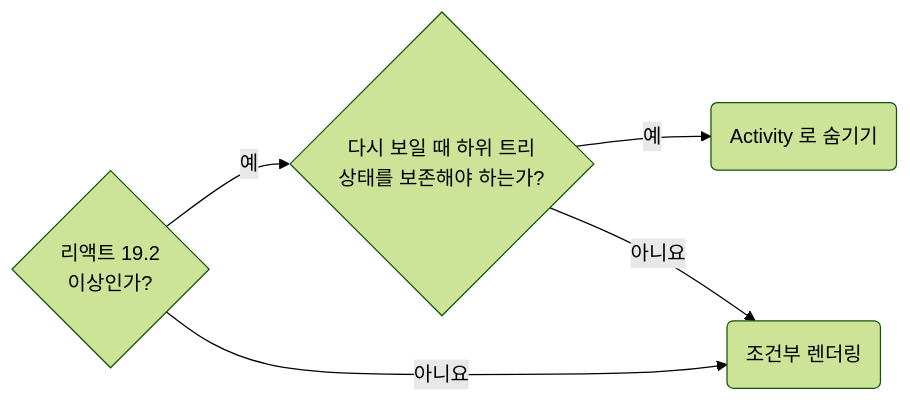
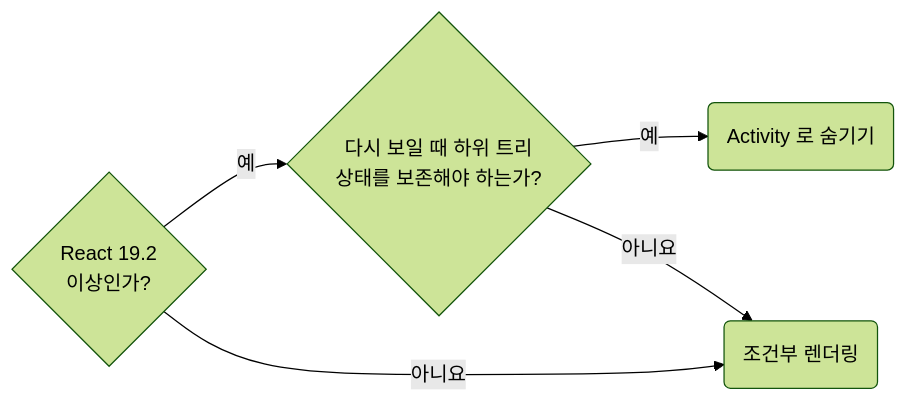
One commit to minu-ha/agent-conventions changed diagram 13 of 21 in skill/react/HANDBOOK.md. Above: the diagram before and after it, drawn with Mermaid (forest theme). The commit also changed other lines of this file and 127 other files, not shown here.

````diff
--- a/skill/react/HANDBOOK.md
+++ b/skill/react/HANDBOOK.md
@@ -2752,6 +2752,6 @@
 ```mermaid
 flowchart LR
-	q1{"리액트 19.2<br>이상인가?"} -- 예 --> q2{"다시 보일 때 하위 트리<br>상태를 보존해야 하는가?"} -- 예 --> r2("Activity 로 숨기기")
+	q1{"React 19.2<br>이상인가?"} -- 예 --> q2{"다시 보일 때 하위 트리<br>상태를 보존해야 하는가?"} -- 예 --> r2("Activity 로 숨기기")
 	q1 -- 아니요 --> r1("조건부 렌더링")
 	q2 -- 아니요 --> r1
 ```
````
